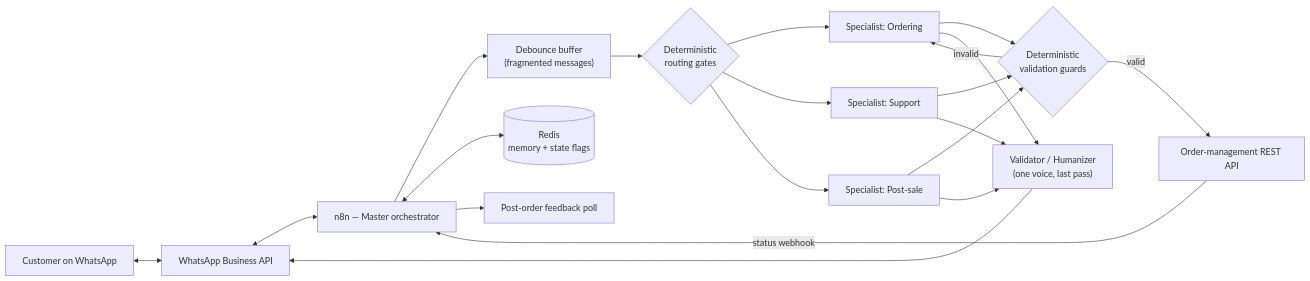
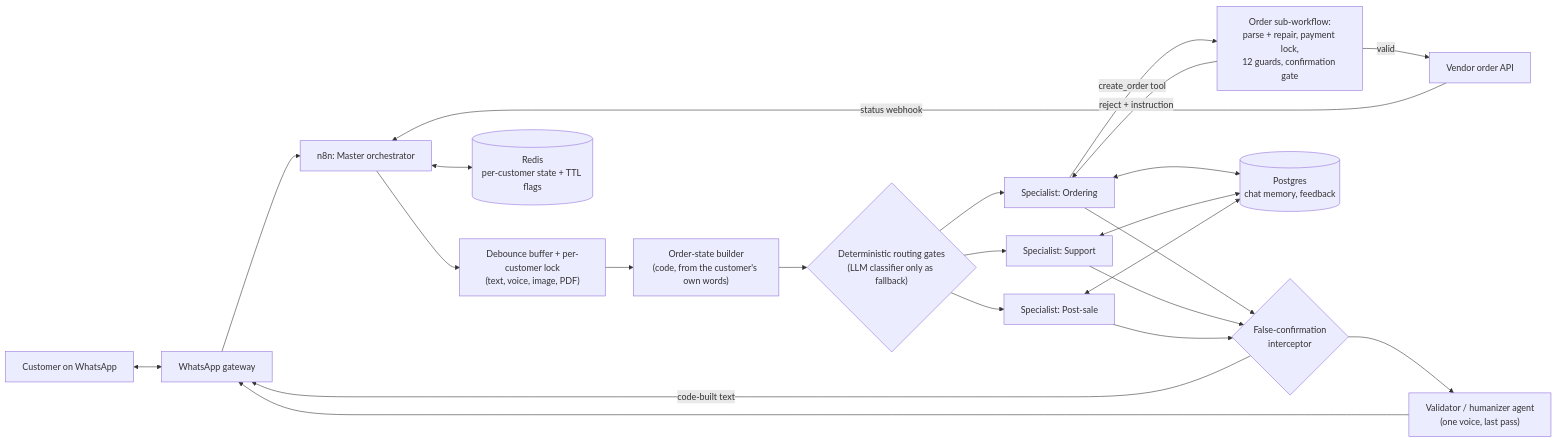
The diagram in README.md (joaolombabr/yasmin-whatsapp-ai-agent), drawn with Mermaid before and after one commit. The commit also changed other lines of this file and 7 other files, not shown here.

First line of the commit message:
docs: update case study with evaluation bench, second guard layer and vendor API findings

````diff
--- a/README.md
+++ b/README.md
@@ -34,18 +37,21 @@
 ```mermaid
 flowchart LR
-  WA["Customer on WhatsApp"] <--> WAAPI["WhatsApp Business API"]
-  WAAPI <--> MASTER["n8n — Master orchestrator"]
-  MASTER --> BUF["Debounce buffer<br/>(fragmented messages)"]
-  BUF --> ROUTE{"Deterministic<br/>routing gates"}
+  WA["Customer on WhatsApp"] <--> GW["WhatsApp gateway"]
+  GW --> MASTER["n8n: Master orchestrator"]
+  MASTER --> BUF["Debounce buffer + per-customer lock<br/>(text, voice, image, PDF)"]
+  BUF --> STATE["Order-state builder<br/>(code, from the customer's own words)"]
+  STATE --> ROUTE{"Deterministic routing gates<br/>(LLM classifier only as fallback)"}
   ROUTE --> S1["Specialist: Ordering"]
   ROUTE --> S2["Specialist: Support"]
   ROUTE --> S3["Specialist: Post-sale"]
-  S1 & S2 & S3 --> GUARD{"Deterministic<br/>validation guards"}
-  GUARD -->|invalid| S1
-  GUARD -->|valid| API["Order-management REST API"]
-  MASTER <--> MEM[("Redis<br/>memory + state flags")]
-  S1 & S2 & S3 --> VAL["Validator / Humanizer<br/>(one voice, last pass)"]
-  VAL --> WAAPI
+  S1 -->|create_order tool| CREATE["Order sub-workflow:<br/>parse + repair, payment lock,<br/>12 guards, confirmation gate"]
+  CREATE -->|reject + instruction| S1
+  CREATE -->|valid| API["Vendor order API"]
+  S1 & S2 & S3 --> INT{"False-confirmation<br/>interceptor"}
+  INT -->|code-built text| GW
+  INT --> VAL["Validator / humanizer agent<br/>(one voice, last pass)"]
+  VAL --> GW
   API -->|status webhook| MASTER
-  MASTER --> FEEDBACK["Post-order feedback poll"]
+  MASTER <--> R[("Redis<br/>per-customer state + TTL flags")]
+  S1 & S2 & S3 <--> PG[("Postgres<br/>chat memory, feedback")]
 ```
````
